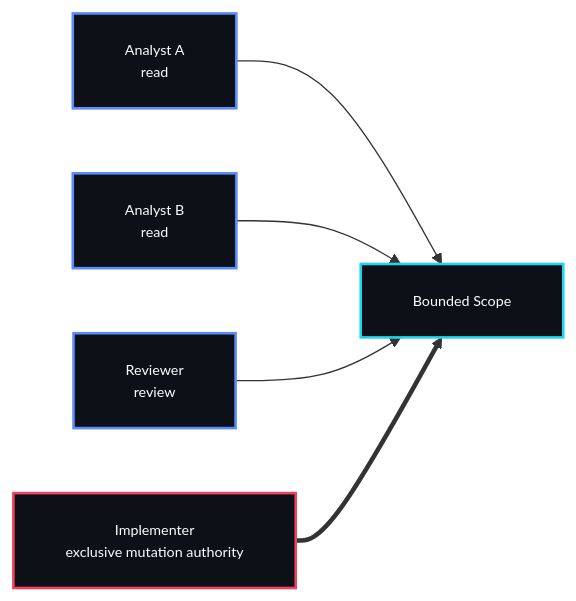
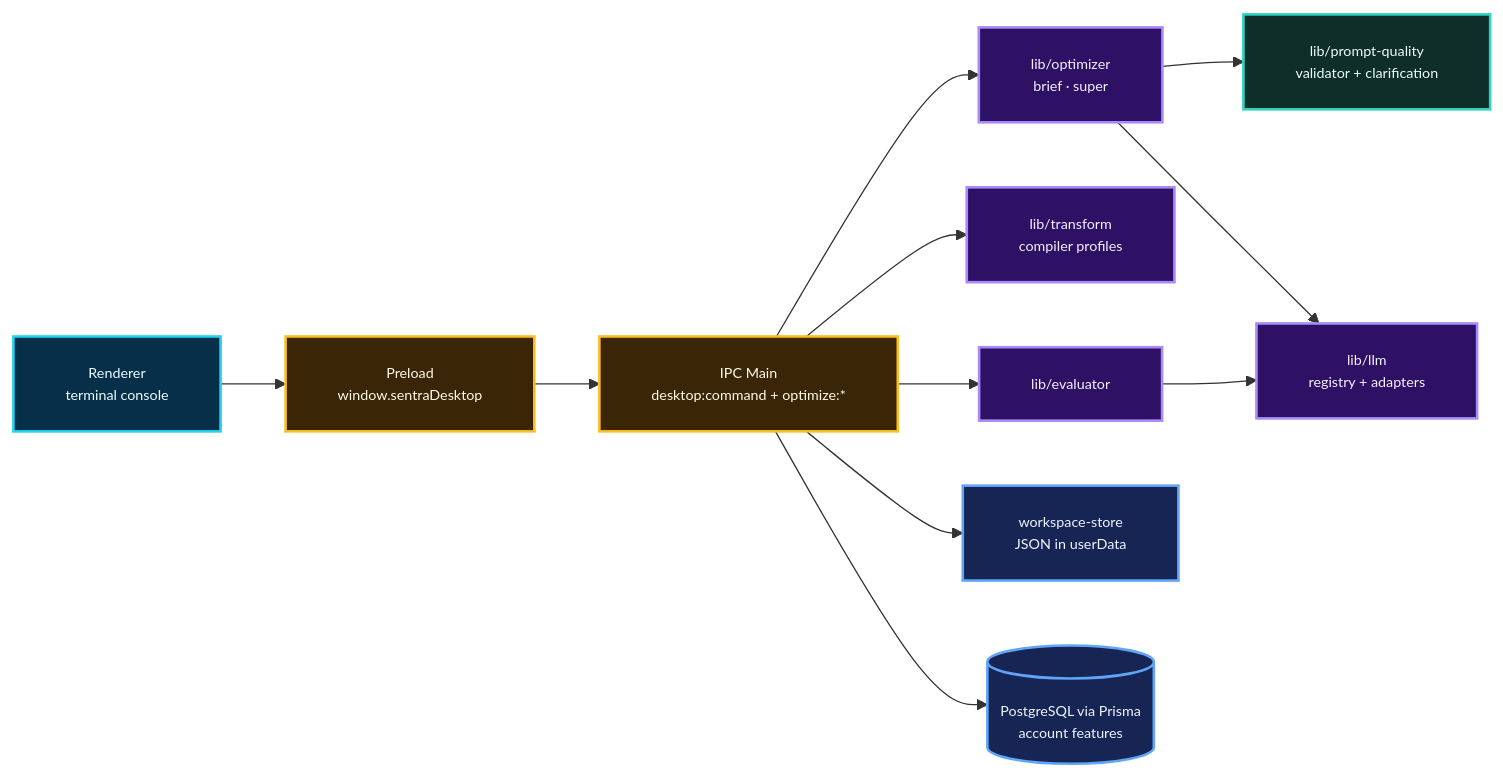
The second of 2 diagrams in README.md (drferdi/Monorepo-safrs), drawn with Mermaid before and after one commit. The commit also changed other lines of this file, not shown here.

````diff
--- a/README.md
+++ b/README.md
@@ -610,22 +716,36 @@
 ```mermaid
 %%{init: {"flowchart": {"htmlLabels": false, "padding": 20}, "themeVariables": {"fontFamily": "monospace", "fontSize": "11px"}}}%%
 flowchart LR
-    A1["Analyst A<br/>read"]
-    A2["Analyst B<br/>read"]
-    R["Reviewer<br/>review"]
-    I["Implementer<br/>exclusive mutation authority"]
-    Scope["Bounded Scope"]
+    R["Renderer<br/>terminal console"]
+    P["Preload<br/>window.sentraDesktop"]
+    I["IPC Main<br/>desktop:command + optimize:*"]
+    O["lib/optimizer<br/>brief · super"]
+    T["lib/transform<br/>compiler profiles"]
+    E["lib/evaluator"]
+    Q["lib/prompt-quality<br/>validator + clarification"]
+    L["lib/llm<br/>registry + adapters"]
+    W["workspace-store<br/>JSON in userData"]
+    D[("PostgreSQL via Prisma<br/>account features")]
 
-    A1 --> Scope
-    A2 --> Scope
-    R --> Scope
-    I ==> Scope
+    R --> P --> I
+    I --> O
+    I --> T
+    I --> E
+    O --> Q
+    O --> L
+    E --> L
+    I --> W
+    I --> D
 
-    classDef read fill:#0D1117,stroke:#5B8CFF,color:#ffffff,stroke-width:2px;
-    classDef write fill:#0D1117,stroke:#F43F5E,color:#ffffff,stroke-width:2px;
-    classDef target fill:#0D1117,stroke:#22D3EE,color:#ffffff,stroke-width:2px;
+    classDef renderer fill:#082F49,stroke:#22D3EE,color:#ECFEFF,stroke-width:2px;
+    classDef boundary fill:#3A2507,stroke:#FBBF24,color:#FFFBEB,stroke-width:2px;
+    classDef engine fill:#2E1065,stroke:#A78BFA,color:#F5F3FF,stroke-width:2px;
+    classDef verify fill:#0F2E2A,stroke:#2DD4BF,color:#ECFDF5,stroke-width:2px;
+    classDef data fill:#172554,stroke:#60A5FA,color:#EFF6FF,stroke-width:2px;
 
-    class A1,A2,R read;
-    class I write;
-    class Scope target;
+    class R renderer;
+    class P,I boundary;
+    class O,T,E,L engine;
+    class Q verify;
+    class W,D data;
 ```
````
